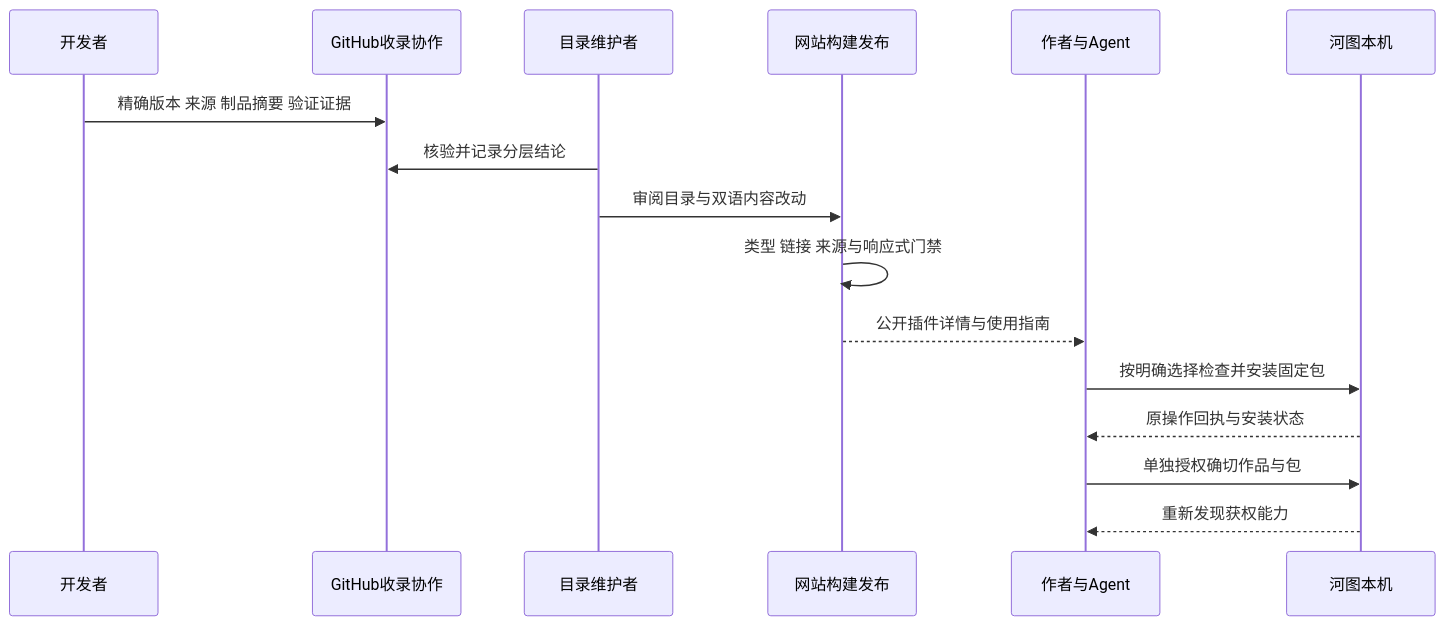
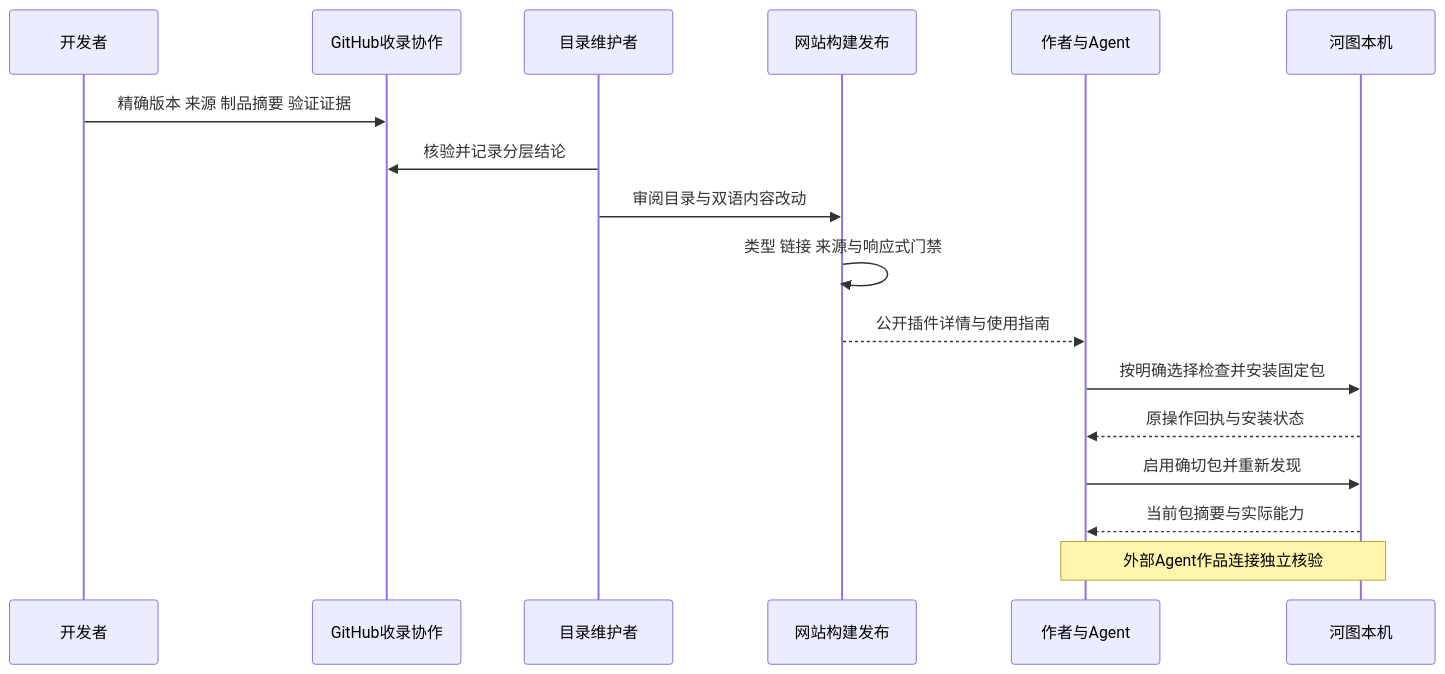
One commit to limecloud/hetu changed the second of 2 diagrams in docs/plugin/24-插件目录与分发治理.md. Above: the diagram before and after it, drawn with Mermaid. The commit also changed other lines of this file and 20 other files, not shown here.

````diff
--- a/docs/plugin/24-插件目录与分发治理.md
+++ b/docs/plugin/24-插件目录与分发治理.md
@@ -74,18 +74,19 @@
 ```mermaid
 sequenceDiagram
     participant D as 开发者
     participant G as GitHub收录协作
     participant M as 目录维护者
     participant W as 网站构建发布
     participant A as 作者与Agent
     participant H as 河图本机
     D->>G: 精确版本 来源 制品摘要 验证证据
     M->>G: 核验并记录分层结论
     M->>W: 审阅目录与双语内容改动
     W->>W: 类型 链接 来源与响应式门禁
     W-->>A: 公开插件详情与使用指南
     A->>H: 按明确选择检查并安装固定包
     H-->>A: 原操作回执与安装状态
-    A->>H: 单独授权确切作品与包
-    H-->>A: 重新发现获权能力
+    A->>H: 启用确切包并重新发现
+    H-->>A: 当前包摘要与实际能力
+    Note over A,H: 外部Agent作品连接独立核验
 ```
````
